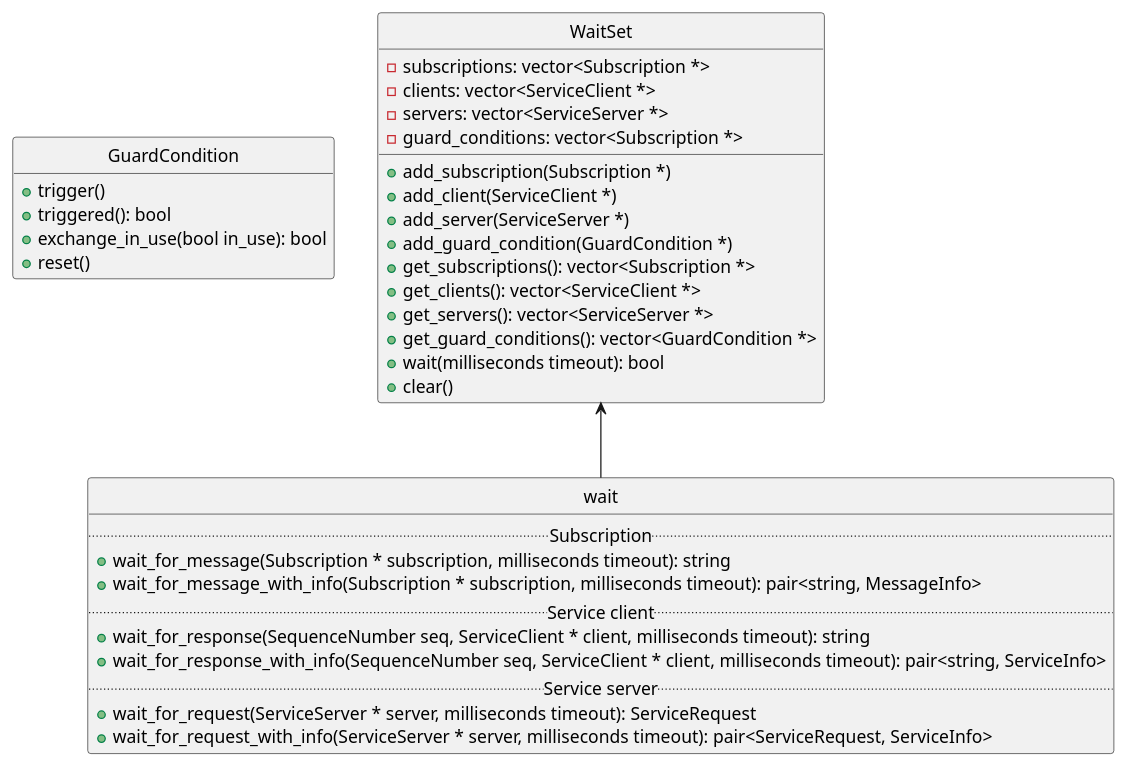
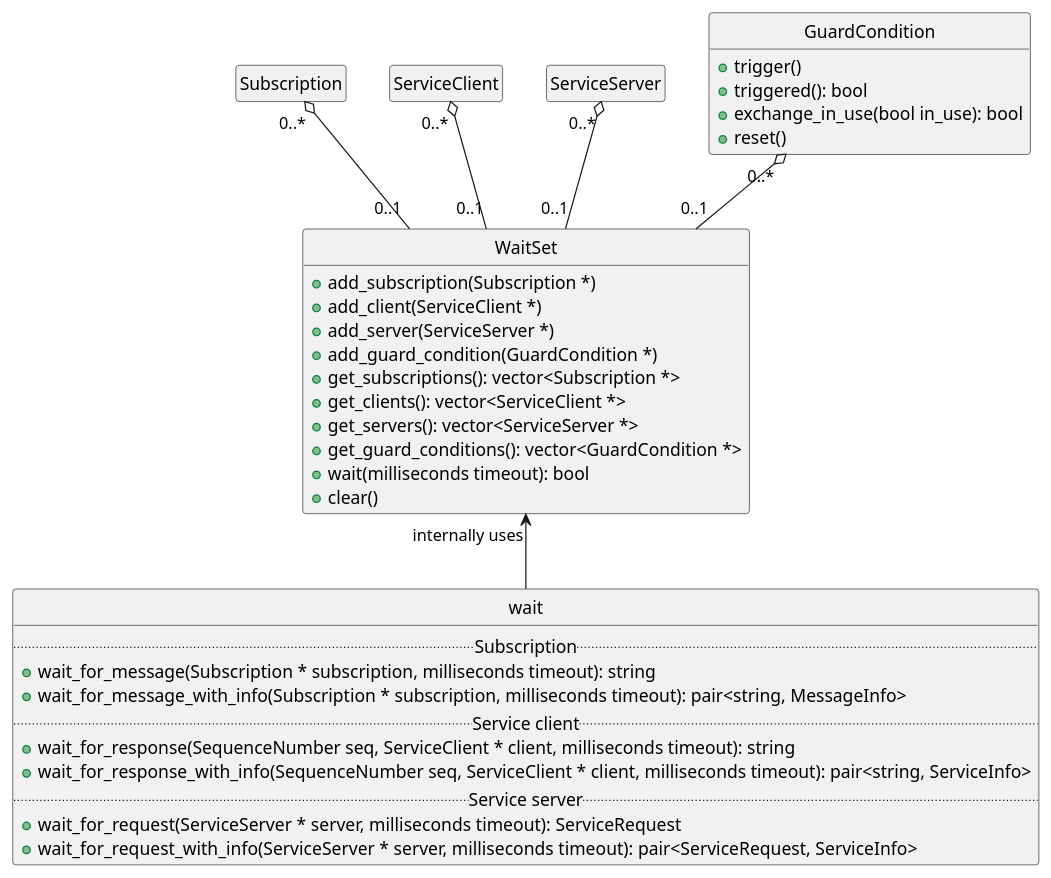
One commit to christophebedard/rmw_email changed the second of 4 diagrams in email/doc/design.md. Above: the diagram before and after it, drawn with PlantUML. The commit also changed other lines of this file, not shown here.

Commit message:
Improve wait set description and diagram

````diff
--- a/email/doc/design.md
+++ b/email/doc/design.md
@@ -245,47 +258,50 @@
 ```plantuml
 @startuml
 
 hide empty attributes
 hide empty methods
 hide circle
 
+class Subscription
+class ServiceClient
+class ServiceServer
 
 class GuardCondition {
    +trigger()
    +triggered(): bool
    +exchange_in_use(bool in_use): bool
    +reset()
 }
 
 class WaitSet {
-   -subscriptions: vector<Subscription *>
-   -clients: vector<ServiceClient *>
-   -servers: vector<ServiceServer *>
-   -guard_conditions: vector<Subscription *>
    +add_subscription(Subscription *)
    +add_client(ServiceClient *)
    +add_server(ServiceServer *)
    +add_guard_condition(GuardCondition *)
    +get_subscriptions(): vector<Subscription *>
    +get_clients(): vector<ServiceClient *>
    +get_servers(): vector<ServiceServer *>
    +get_guard_conditions(): vector<GuardCondition *>
    +wait(milliseconds timeout): bool
    +clear()
 }
+Subscription "0..*" o-- "0..1" WaitSet
+ServiceClient "0..*" o-- "0..1" WaitSet
+ServiceServer "0..*" o-- "0..1" WaitSet
+GuardCondition "0..*" o-- "0..1" WaitSet
 
 class wait. {
    .. Subscription ..
    +wait_for_message(Subscription * subscription, milliseconds timeout): string
    +wait_for_message_with_info(Subscription * subscription, milliseconds timeout): pair<string, MessageInfo>
    .. Service client ..
    +wait_for_response(SequenceNumber seq, ServiceClient * client, milliseconds timeout): string
    +wait_for_response_with_info(SequenceNumber seq, ServiceClient * client, milliseconds timeout): pair<string, ServiceInfo>
    .. Service server ..
    +wait_for_request(ServiceServer * server, milliseconds timeout): ServiceRequest
    +wait_for_request_with_info(ServiceServer * server, milliseconds timeout): pair<ServiceRequest, ServiceInfo>
 }
-WaitSet <-- wait
+WaitSet "internally uses" <-- wait
 
 @enduml
 ```
````
